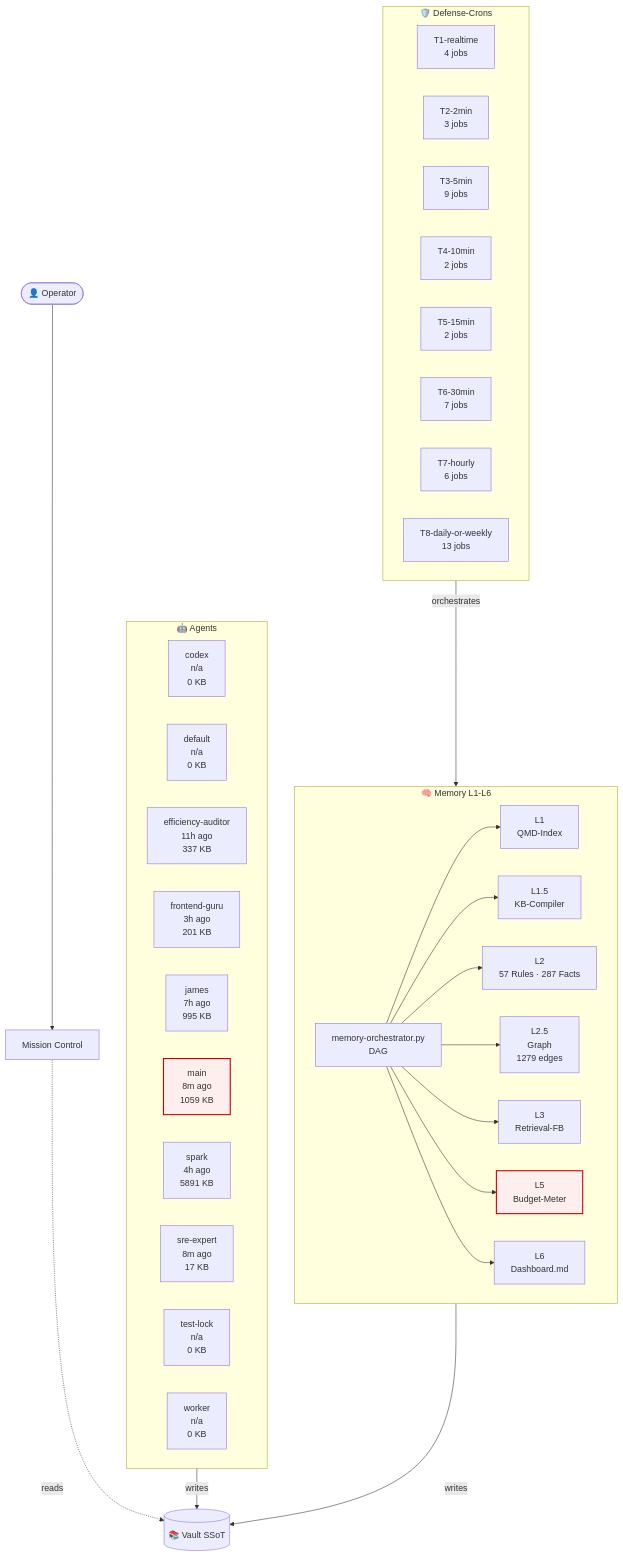
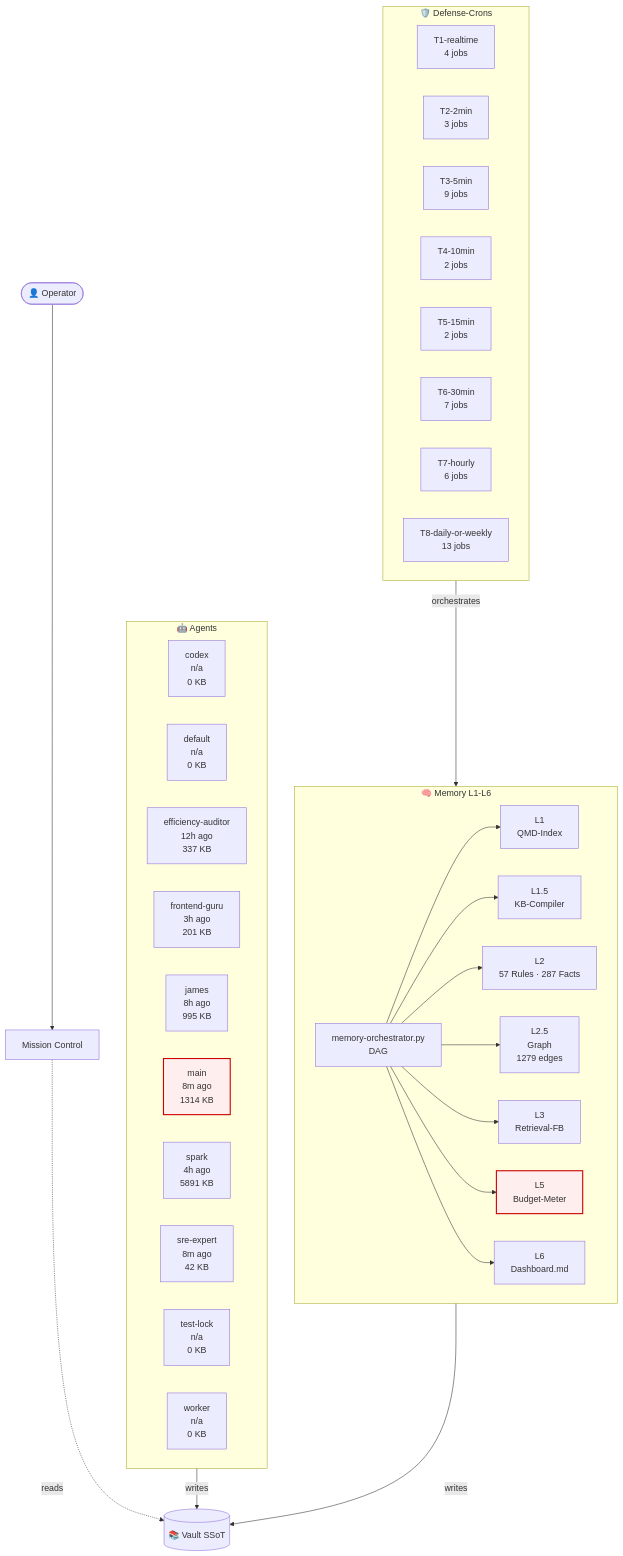
The diagram in 03-Agents/architecture-live.md (lenardhuebner88-rgb/openclaw-memory), drawn with Mermaid before and after one commit. The commit also changed other lines of this file and 1 other file, not shown here.

````diff
--- a/03-Agents/architecture-live.md
+++ b/03-Agents/architecture-live.md
@@ -18,53 +18,53 @@
 ```mermaid
 flowchart TB
     classDef critical fill:#fee,stroke:#c00,stroke-width:2px;
     subgraph AGT["🤖 Agents"]
         agent_codex["codex<br/>n/a<br/>0 KB"]
         agent_default["default<br/>n/a<br/>0 KB"]
-        agent_efficiency_auditor["efficiency-auditor<br/>11h ago<br/>337 KB"]
+        agent_efficiency_auditor["efficiency-auditor<br/>12h ago<br/>337 KB"]
         agent_frontend_guru["frontend-guru<br/>3h ago<br/>201 KB"]
-        agent_james["james<br/>7h ago<br/>995 KB"]
-        agent_main["main<br/>8m ago<br/>1059 KB"]
+        agent_james["james<br/>8h ago<br/>995 KB"]
+        agent_main["main<br/>8m ago<br/>1314 KB"]
         agent_spark["spark<br/>4h ago<br/>5891 KB"]
-        agent_sre_expert["sre-expert<br/>8m ago<br/>17 KB"]
+        agent_sre_expert["sre-expert<br/>8m ago<br/>42 KB"]
         agent_test_lock["test-lock<br/>n/a<br/>0 KB"]
         agent_worker["worker<br/>n/a<br/>0 KB"]
     end
     subgraph MEM["🧠 Memory L1-L6"]
         L1["L1<br/>QMD-Index"]
         L15["L1.5<br/>KB-Compiler"]
         L2["L2<br/>57 Rules · 287 Facts"]
         L25["L2.5<br/>Graph<br/>1279 edges"]
         L3["L3<br/>Retrieval-FB"]
         L5["L5<br/>Budget-Meter"]
         L6["L6<br/>Dashboard.md"]
         ORCH["memory-orchestrator.py<br/>DAG"]
     end
     subgraph CRN["🛡️ Defense-Crons"]
         tier_T1_realtime["T1-realtime<br/>4 jobs"]
         tier_T2_2min["T2-2min<br/>3 jobs"]
         tier_T3_5min["T3-5min<br/>9 jobs"]
         tier_T4_10min["T4-10min<br/>2 jobs"]
         tier_T5_15min["T5-15min<br/>2 jobs"]
         tier_T6_30min["T6-30min<br/>7 jobs"]
         tier_T7_hourly["T7-hourly<br/>6 jobs"]
         tier_T8_daily_or_weekly["T8-daily-or-weekly<br/>13 jobs"]
     end
     VAULT[("📚 Vault SSoT")]
     OP([👤 Operator])
     MC["Mission Control"]
     OP --> MC
     MC -.reads.-> VAULT
     AGT -->|writes| VAULT
     MEM -->|writes| VAULT
     ORCH --> L1
     ORCH --> L15
     ORCH --> L2
     ORCH --> L25
     ORCH --> L3
     ORCH --> L5
     ORCH --> L6
     CRN -->|orchestrates| MEM
     class L5 critical
     class agent_main critical
 ```
````
